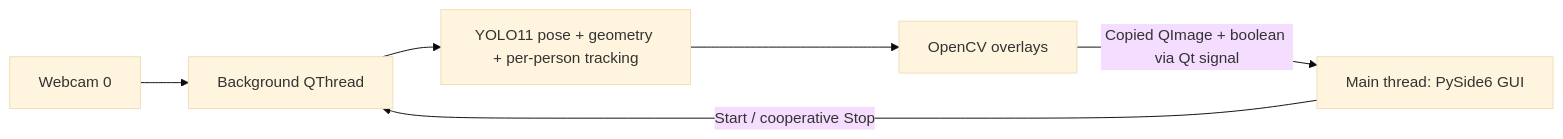
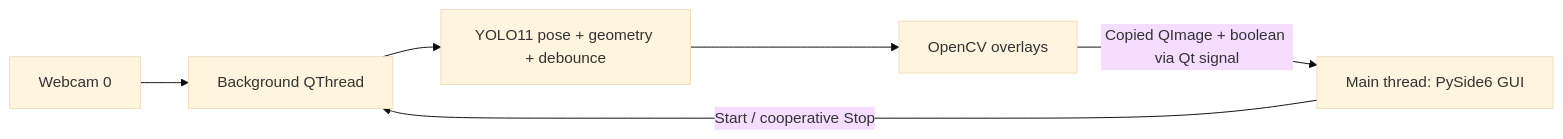
The diagram in README.md (advaetuc/Vertebrate), drawn with Mermaid (base theme) before and after one commit. The commit also changed other lines of this file and 2 other files, not shown here.

````diff
--- a/README.md
+++ b/README.md
@@ -35,8 +35,8 @@
 ```mermaid
 flowchart LR
     A[Webcam 0] --> B[Background QThread]
-    B --> C[YOLO11 pose + geometry + per-person tracking]
+    B --> C[YOLO11 pose + geometry + debounce]
     C --> D[OpenCV overlays]
     D -->|Copied QImage + boolean via Qt signal| E[Main thread: PySide6 GUI]
     E -->|Start / cooperative Stop| B
 ```
````
